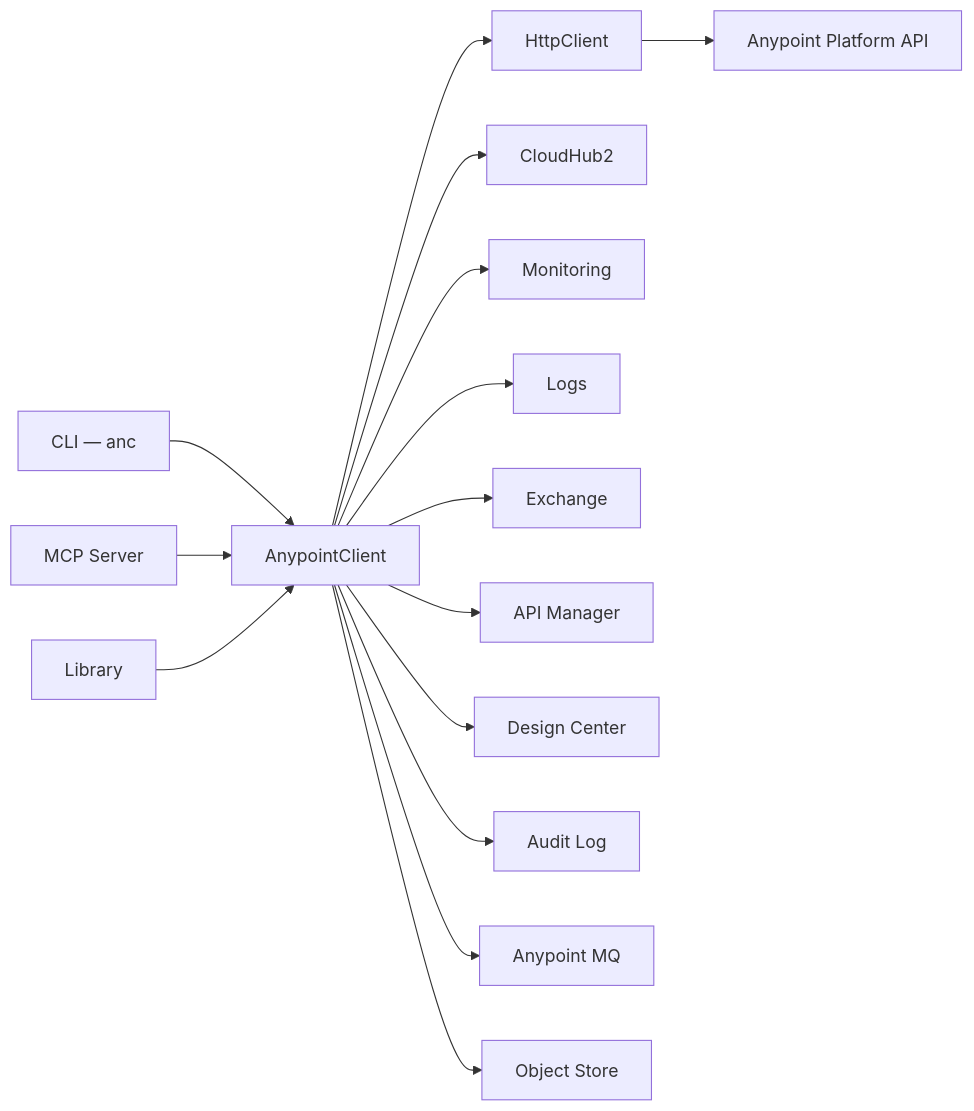
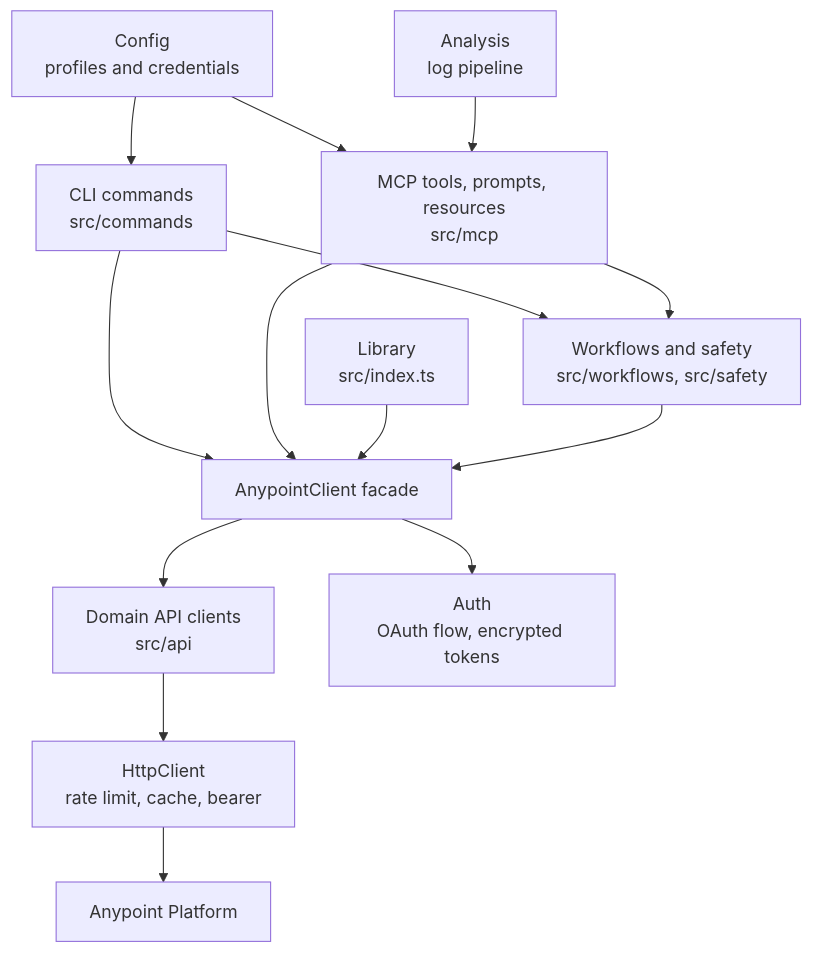
The diagram in docs/architecture.md (Avinava/anypoint-connect), drawn with Mermaid before and after one commit. The commit also changed other lines of this file and 26 other files, not shown here.

````diff
--- a/docs/architecture.md
+++ b/docs/architecture.md
@@ -6,19 +6,17 @@
 ```mermaid
-graph LR
-    CLI["CLI — anc"] --> AC["AnypointClient"]
-    MCP["MCP Server"] --> AC
-    LIB["Library"] --> AC
+graph TD
+    CLI["CLI commands<br/>src/commands"] --> WF
+    MCP["MCP tools, prompts, resources<br/>src/mcp"] --> WF
+    CLI --> AC
+    MCP --> AC
+    LIB["Library<br/>src/index.ts"] --> AC
 
-    AC --> HTTP["HttpClient"]
-    HTTP --> AP["Anypoint Platform API"]
-
-    AC --> CH2["CloudHub2"]
-    AC --> MON["Monitoring"]
-    AC --> LOGS["Logs"]
-    AC --> EX["Exchange"]
-    AC --> APIM["API Manager"]
-    AC --> DC["Design Center"]
-    AC --> AUDIT["Audit Log"]
-    AC --> MQ["Anypoint MQ"]
-    AC --> OS["Object Store"]
+    WF["Workflows and safety<br/>src/workflows, src/safety"] --> AC["AnypointClient facade"]
+    AC --> API["Domain API clients<br/>src/api"]
+    API --> HTTP["HttpClient<br/>rate limit, cache, bearer"]
+    HTTP --> AP["Anypoint Platform"]
+    AC --> AUTH["Auth<br/>OAuth flow, encrypted tokens"]
+    CFG["Config<br/>profiles and credentials"] --> CLI
+    CFG --> MCP
+    ANA["Analysis<br/>log pipeline"] --> MCP
 ```
````
